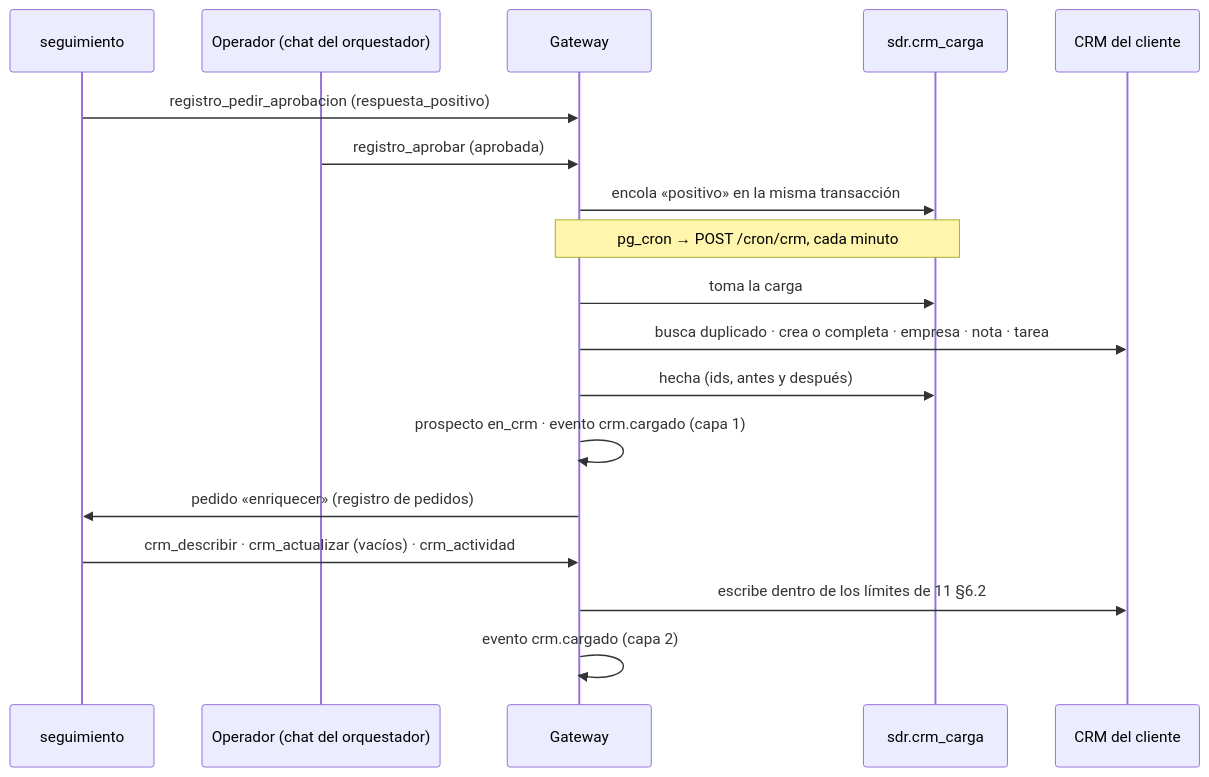
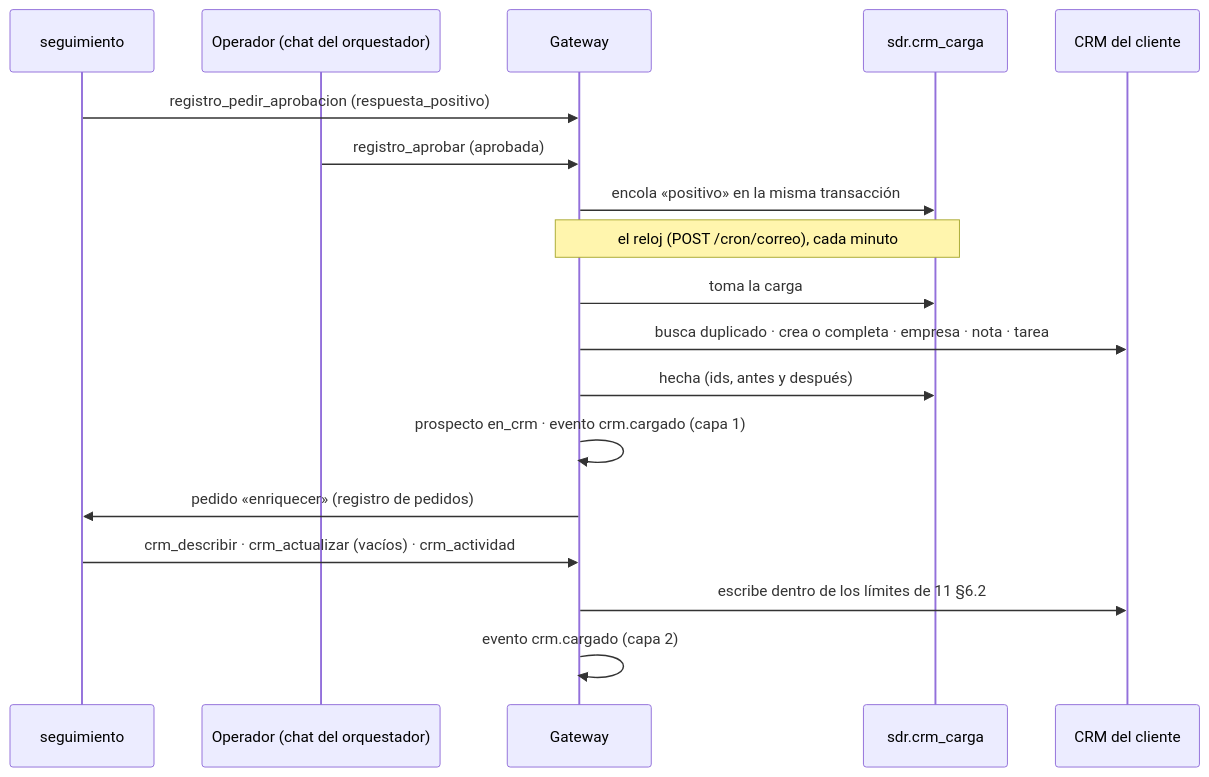
Before and after one commit to ignaciocuffia86/sdrbot: the diagram in docs/23-crm-carga-mixta.md, drawn with Mermaid. The commit also changed other lines of this file and 22 other files, not shown here.

````diff
--- a/docs/23-crm-carga-mixta.md
+++ b/docs/23-crm-carga-mixta.md
@@ -38,21 +39,21 @@
 ```mermaid
 sequenceDiagram
   participant S as seguimiento
   participant O as Operador (chat del orquestador)
   participant G as Gateway
   participant Q as sdr.crm_carga
   participant C as CRM del cliente
 
   S->>G: registro_pedir_aprobacion (respuesta_positivo)
   O->>G: registro_aprobar (aprobada)
   G->>Q: encola «positivo» en la misma transacción
-  Note over G,Q: pg_cron → POST /cron/crm, cada minuto
+  Note over G,Q: el reloj (POST /cron/correo), cada minuto
   G->>Q: toma la carga
   G->>C: busca duplicado · crea o completa · empresa · nota · tarea
   G->>Q: hecha (ids, antes y después)
   G->>G: prospecto en_crm · evento crm.cargado (capa 1)
   G->>S: pedido «enriquecer» (registro de pedidos)
   S->>G: crm_describir · crm_actualizar (vacíos) · crm_actividad
   G->>C: escribe dentro de los límites de 11 §6.2
   G->>G: evento crm.cargado (capa 2)
 ```
````
